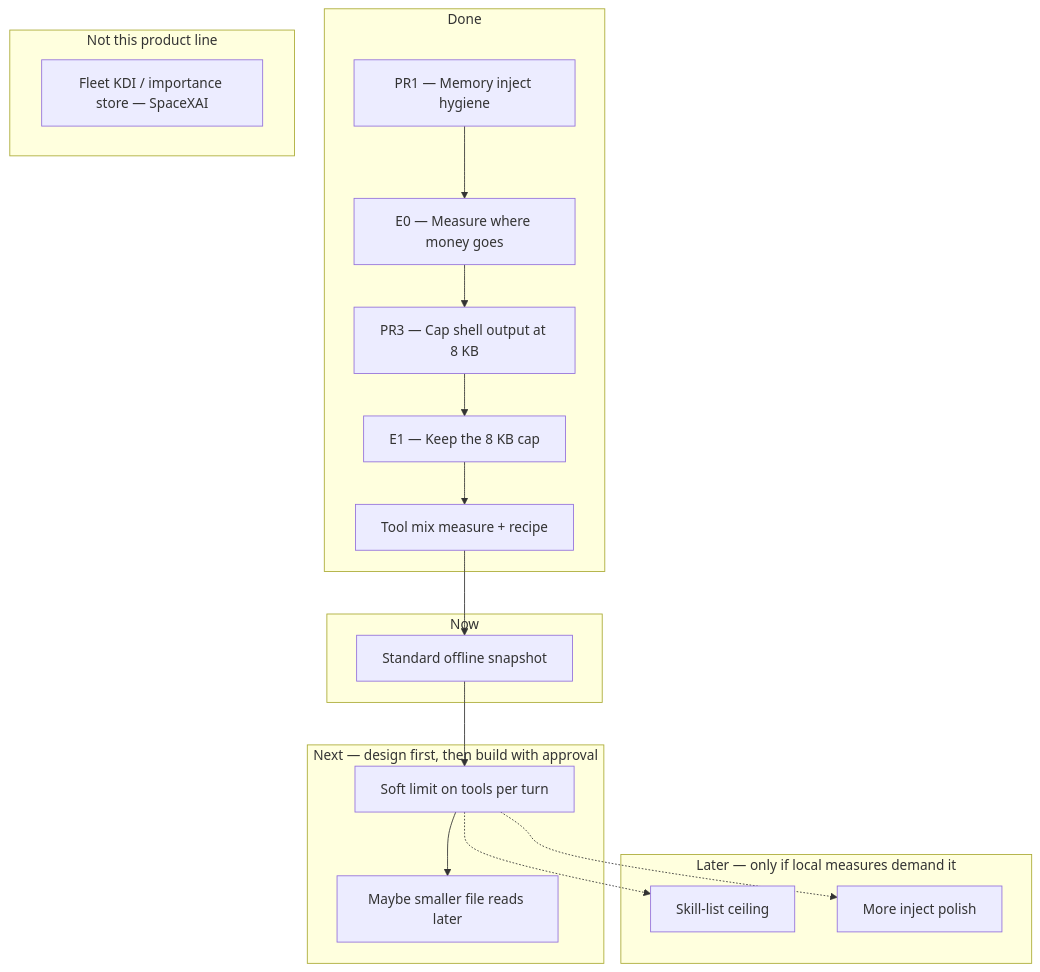
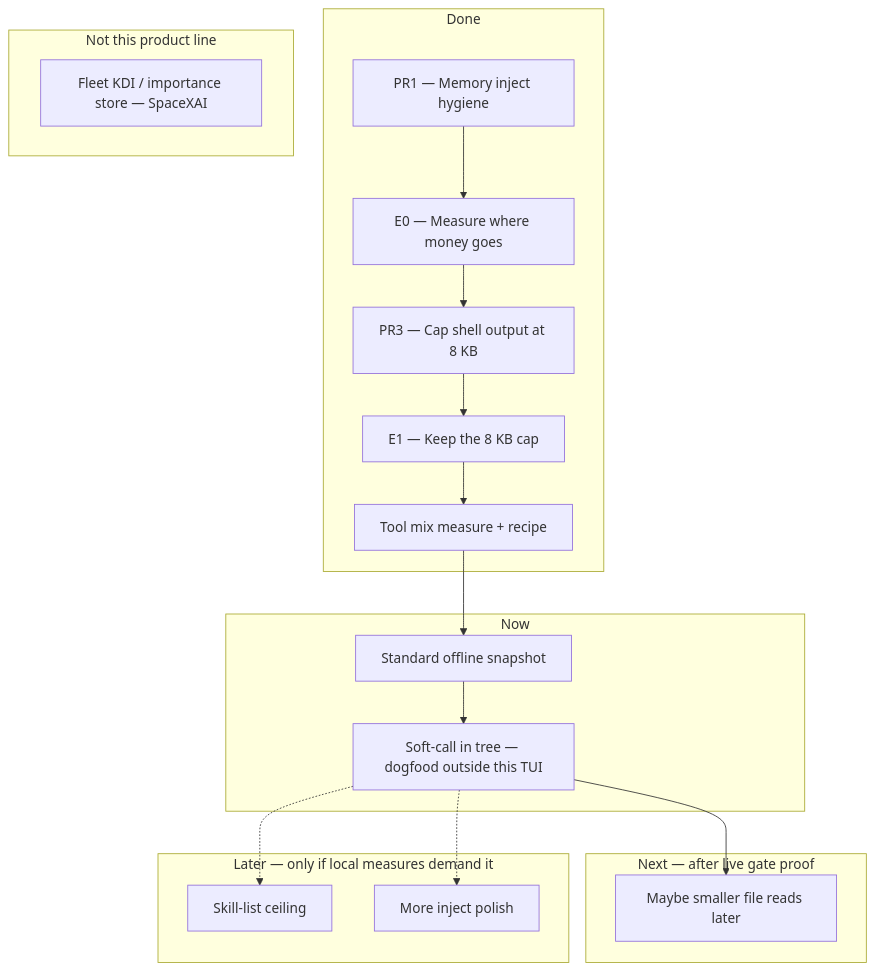
One commit to p10ns11y/grok-build changed the third of 6 diagrams in intelli-arch-designs/harness-learning-cost-roadmap.md. Above: the diagram before and after it, drawn with Mermaid. The commit also changed other lines of this file and 2 other files, not shown here.

````diff
--- a/intelli-arch-designs/harness-learning-cost-roadmap.md
+++ b/intelli-arch-designs/harness-learning-cost-roadmap.md
@@ -92,38 +109,38 @@
 ```mermaid
 flowchart TB
   subgraph done [Done]
     PR1[PR1 — Memory inject hygiene]
     E0[E0 — Measure where money goes]
     PR3[PR3 — Cap shell output at 8 KB]
     E1[E1 — Keep the 8 KB cap]
     MIX[Tool mix measure + recipe]
   end
 
   subgraph now [Now]
     RECIPE[Standard offline snapshot]
+    CALL[Soft-call in tree — dogfood outside this TUI]
   end
 
-  subgraph next [Next — design first, then build with approval]
-    CALL[Soft limit on tools per turn]
+  subgraph next [Next — after live gate proof]
     READ[Maybe smaller file reads later]
   end
 
   subgraph later [Later — only if local measures demand it]
     SKILL[Skill-list ceiling]
     INJ[More inject polish]
   end
 
   subgraph never_here [Not this product line]
     FLEET[Fleet KDI / importance store — SpaceXAI]
   end
 
   PR1 --> E0
   E0 --> PR3
   PR3 --> E1
   E1 --> MIX
   MIX --> RECIPE
   RECIPE --> CALL
   CALL --> READ
   CALL -.-> SKILL
   CALL -.-> INJ
 ```
````
